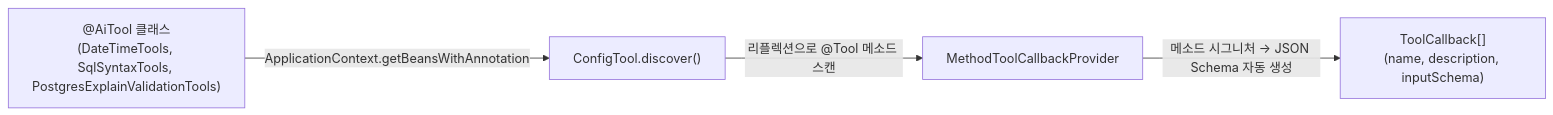
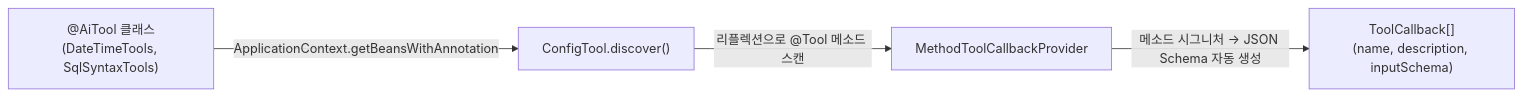
Before and after one commit to YongSoekChoeng/dstone: the tenth of 16 diagrams in docs/09.dstone-ai-engine.md, drawn with Mermaid. The commit also changed other lines of this file and 28 other files, not shown here.

````diff
--- a/docs/09.dstone-ai-engine.md
+++ b/docs/09.dstone-ai-engine.md
@@ -423,6 +422,6 @@
 ```mermaid
 flowchart LR
-    A["@AiTool 클래스<br/>(DateTimeTools, SqlSyntaxTools, PostgresExplainValidationTools)"] -->|ApplicationContext.getBeansWithAnnotation| B["ConfigTool.discover()"]
+    A["@AiTool 클래스<br/>(DateTimeTools, SqlSyntaxTools)"] -->|ApplicationContext.getBeansWithAnnotation| B["ConfigTool.discover()"]
     B -->|리플렉션으로 @Tool 메소드 스캔| C["MethodToolCallbackProvider"]
     C -->|메소드 시그니처 → JSON Schema 자동 생성| D["ToolCallback[]<br/>(name, description, inputSchema)"]
 ```
````
